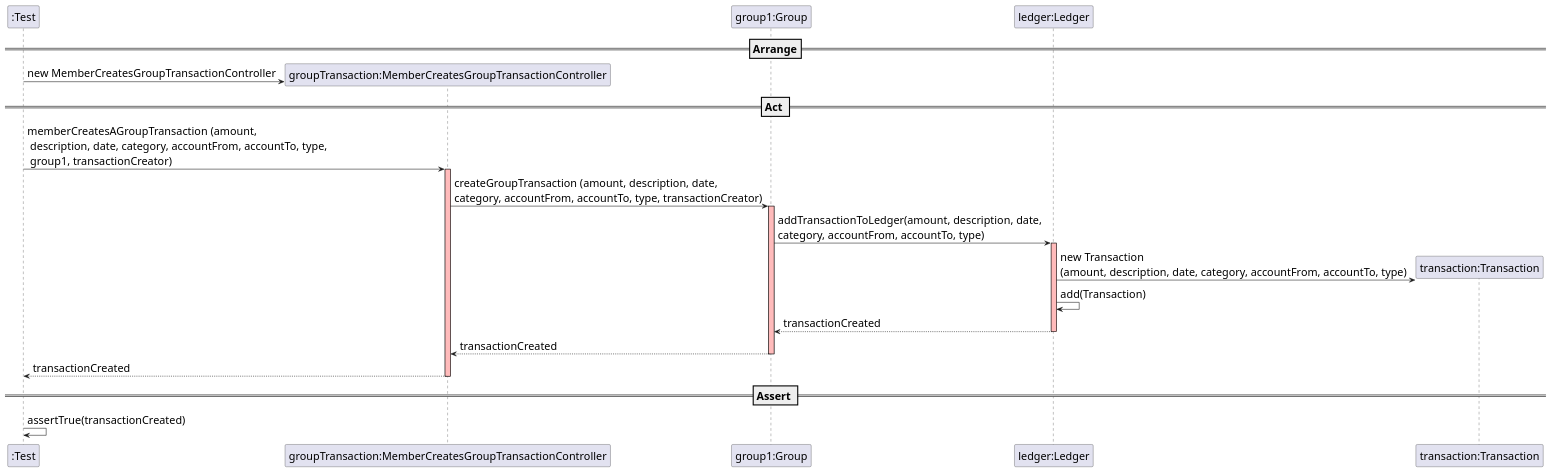
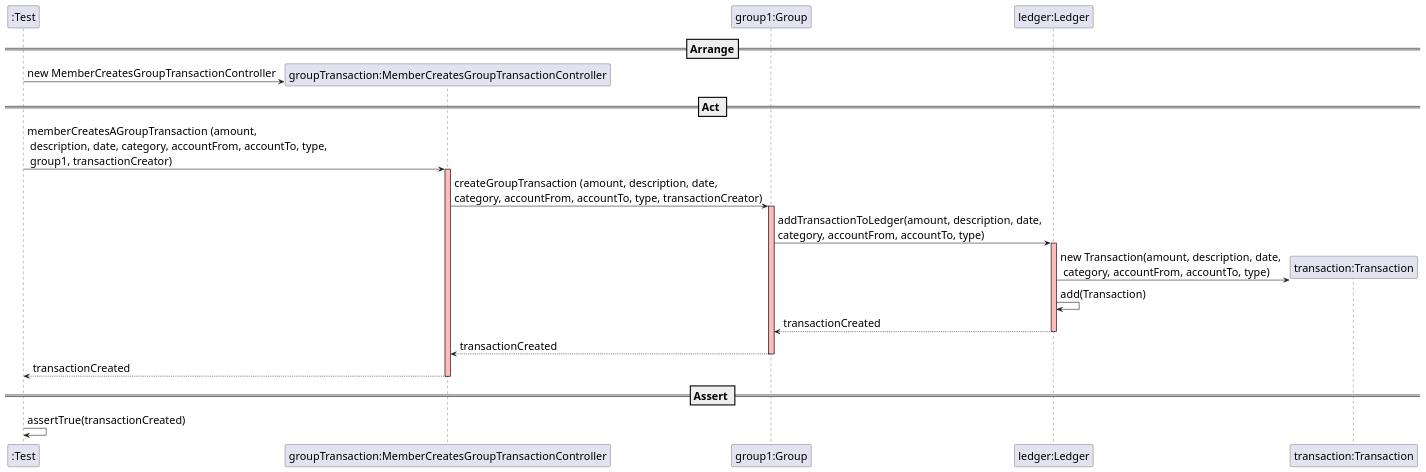
The diagram in docs/SequenceDiagram - US008.1.puml (mleitaoribeiro/DevOpsMaven), drawn with PlantUML before and after one commit. The commit also changed 3 other files, not shown here.

```diff
--- a/docs/SequenceDiagram - US008.1.puml
+++ b/docs/SequenceDiagram - US008.1.puml
@@ -1,44 +1,44 @@
 @startuml
 
 skinparam DefaultFontSize 20
 
 create ":Test"
 
 ==Arrange==
 create "groupTransaction:MemberCreatesGroupTransactionController"
 ":Test" -> "groupTransaction:MemberCreatesGroupTransactionController" : new MemberCreatesGroupTransactionController
 
 participant "group1:Group"
 participant "ledger:Ledger"
 
 == Act ==
 
 ":Test" -> "groupTransaction:MemberCreatesGroupTransactionController" : memberCreatesAGroupTransaction (amount, \n description, date, category, accountFrom, accountTo, type,\n group1, transactionCreator)
 activate "groupTransaction:MemberCreatesGroupTransactionController"  #FFBBBB
 
 "groupTransaction:MemberCreatesGroupTransactionController" -> "group1:Group" : createGroupTransaction (amount, description, date, \ncategory, accountFrom, accountTo, type, transactionCreator)
 activate "group1:Group"  #FFBBBB
 
 "group1:Group" -> "ledger:Ledger" : addTransactionToLedger(amount, description, date, \ncategory, accountFrom, accountTo, type)
 activate "ledger:Ledger"  #FFBBBB
 
 create "transaction:Transaction"
-"ledger:Ledger" -> "transaction:Transaction" : new Transaction\n(amount, description, date, category, accountFrom, accountTo, type)
+"ledger:Ledger" -> "transaction:Transaction" : new Transaction(amount, description, date,\n category, accountFrom, accountTo, type)
 
 "ledger:Ledger" -> "ledger:Ledger": add(Transaction)
 
 
 "ledger:Ledger" --> "group1:Group" : transactionCreated
 deactivate "ledger:Ledger"  #FFBBBB
 "group1:Group" --> "groupTransaction:MemberCreatesGroupTransactionController" : transactionCreated
 deactivate "group1:Group"  #FFBBBB
 "groupTransaction:MemberCreatesGroupTransactionController" --> ":Test" : transactionCreated
 
 
 deactivate "groupTransaction:MemberCreatesGroupTransactionController" #FFBBBB
 
 == Assert ==
 
 ":Test" -> ":Test" : assertTrue(transactionCreated)
 
 @enduml
```
